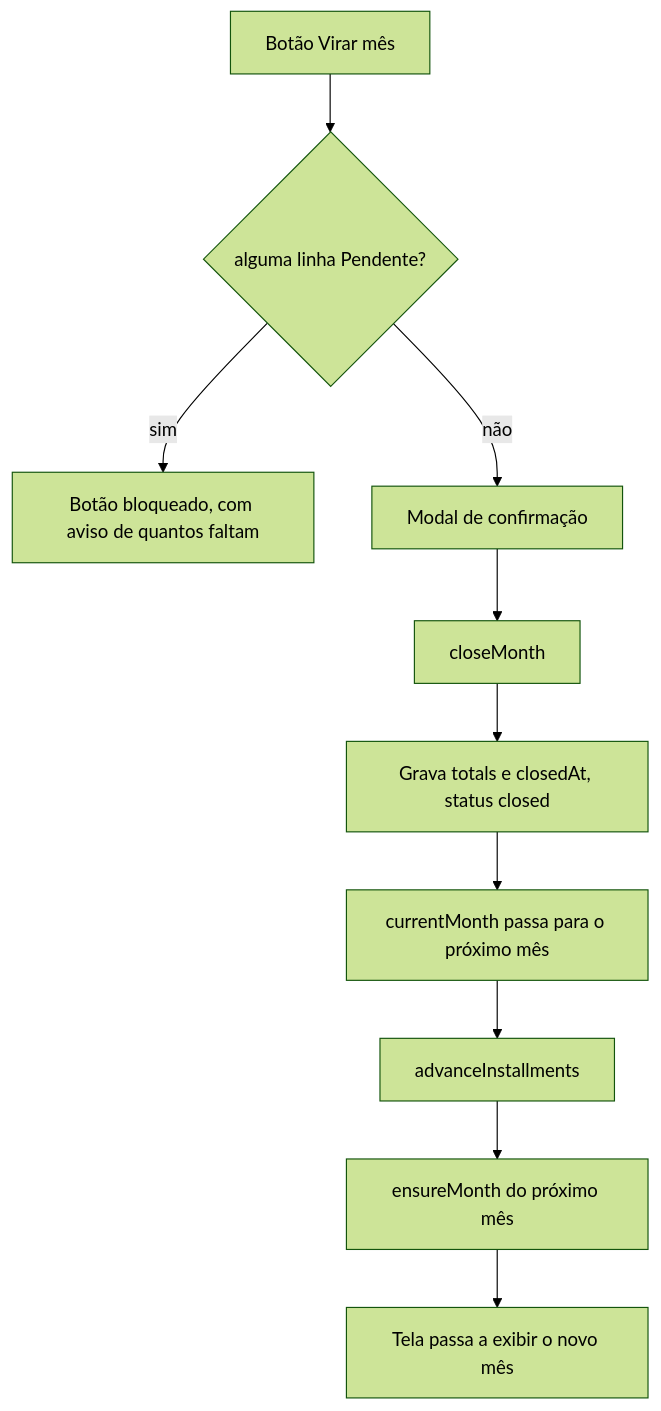
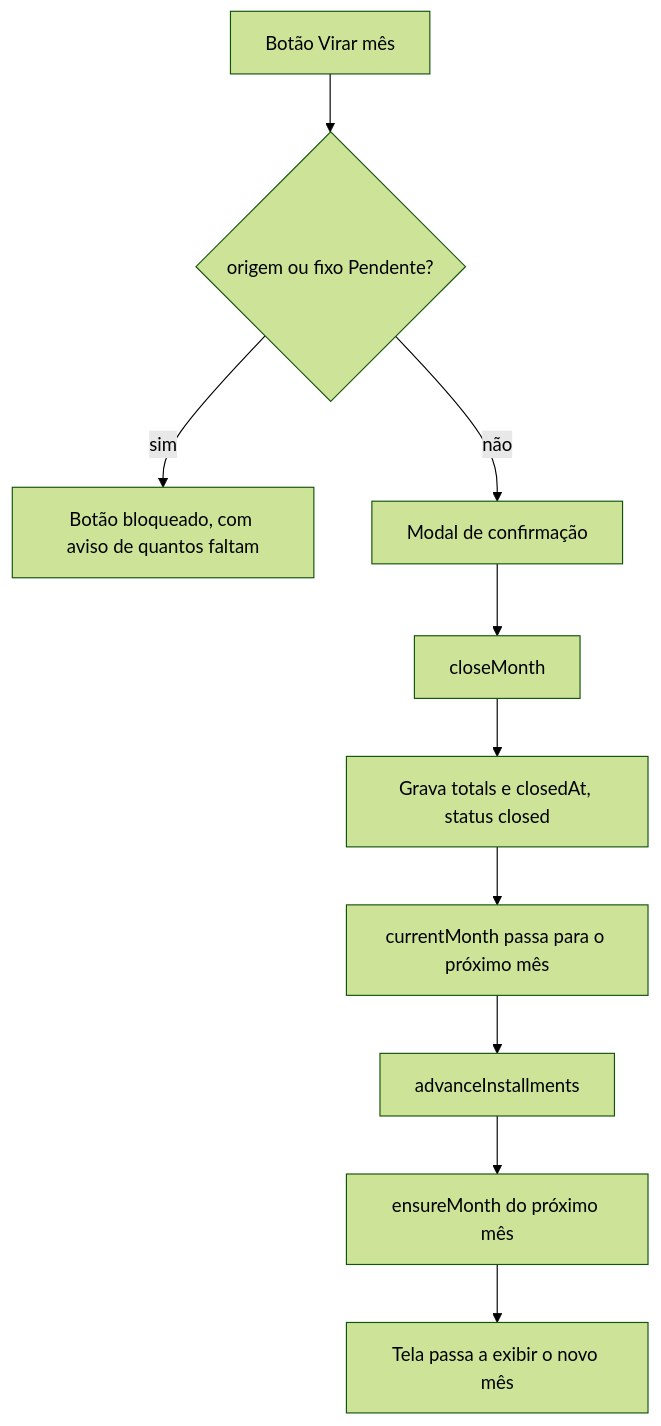
One commit to RuanPS01/cash-organizer-web changed the second of 2 diagrams in docs/07-fluxos-aplicacao.md. Above: the diagram before and after it, drawn with Mermaid (forest theme). The commit also changed other lines of this file and 21 other files, not shown here.

````diff
--- a/docs/07-fluxos-aplicacao.md
+++ b/docs/07-fluxos-aplicacao.md
@@ -134,12 +158,12 @@
 ```mermaid
 flowchart TD
-  A["Botão Virar mês"] --> B{"alguma linha Pendente?"}
+  A["Botão Virar mês"] --> B{"origem ou fixo Pendente?"}
   B -- sim --> C["Botão bloqueado, com aviso de quantos faltam"]
   B -- não --> D["Modal de confirmação"]
   D --> E["closeMonth"]
   E --> F["Grava totals e closedAt, status closed"]
   F --> G["currentMonth passa para o próximo mês"]
   G --> H["advanceInstallments"]
   H --> I["ensureMonth do próximo mês"]
   I --> J["Tela passa a exibir o novo mês"]
 ```
````
